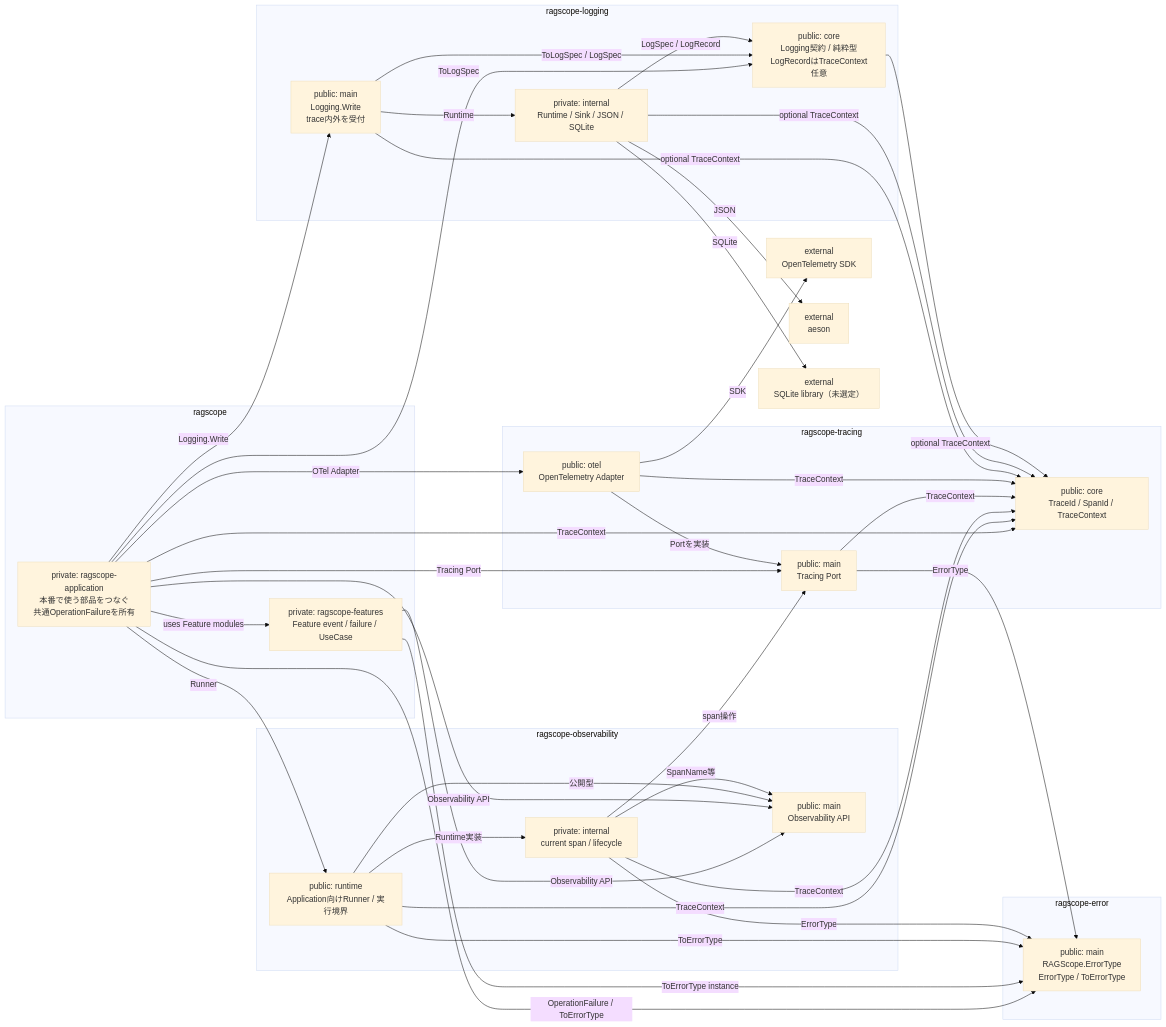
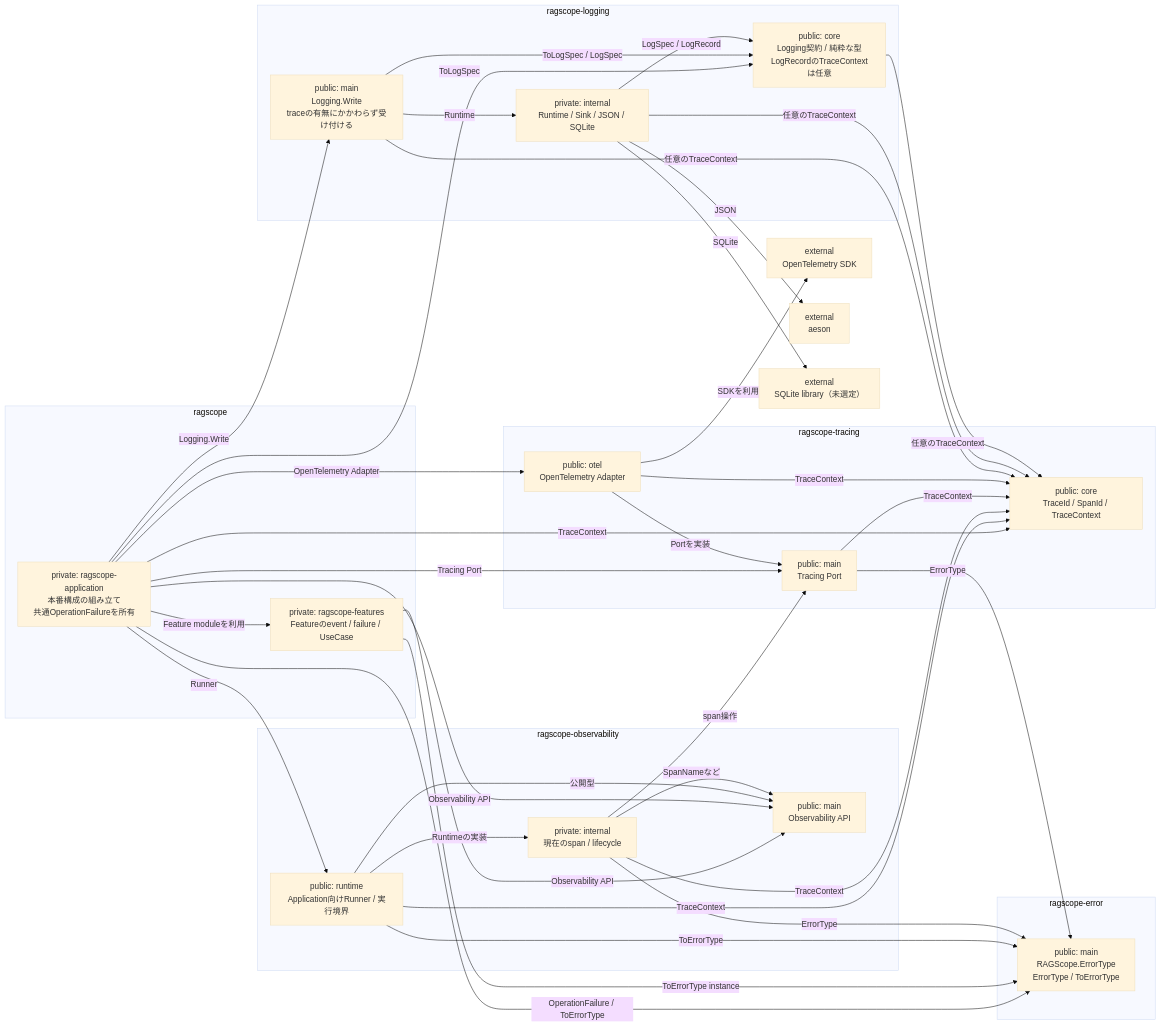
The diagram in Notes/RAGScope/RAGScopeアプリケーション/実行追跡・構造化ログ静的依存図.md (takashit16833/Workbench), drawn with Mermaid (base theme) before and after one commit. The commit also changed other lines of this file and 6 other files, not shown here.

````diff
--- a/Notes/RAGScope/RAGScopeアプリケーション/実行追跡・構造化ログ静的依存図.md
+++ b/Notes/RAGScope/RAGScopeアプリケーション/実行追跡・構造化ログ静的依存図.md
@@ -23,71 +23,71 @@
 ```mermaid
 flowchart LR
     subgraph pkg_ragscope["ragscope"]
-        features["private: ragscope-features<br/>Feature event / failure / UseCase"]
-        application["private: ragscope-application<br/>本番で使う部品をつなぐ<br/>共通OperationFailureを所有"]
+        features["private: ragscope-features<br/>Featureのevent / failure / UseCase"]
+        application["private: ragscope-application<br/>本番構成の組み立て<br/>共通OperationFailureを所有"]
     end
 
     subgraph pkg_error["ragscope-error"]
         error_main["public: main<br/>RAGScope.ErrorType<br/>ErrorType / ToErrorType"]
     end
 
     subgraph pkg_obs["ragscope-observability"]
         obs_main["public: main<br/>Observability API"]
         obs_runtime["public: runtime<br/>Application向けRunner / 実行境界"]
-        obs_internal["private: internal<br/>current span / lifecycle"]
+        obs_internal["private: internal<br/>現在のspan / lifecycle"]
     end
 
     subgraph pkg_tracing["ragscope-tracing"]
         trace_main["public: main<br/>Tracing Port"]
         trace_otel["public: otel<br/>OpenTelemetry Adapter"]
         trace_core["public: core<br/>TraceId / SpanId / TraceContext"]
     end
 
     subgraph pkg_logging["ragscope-logging"]
-        log_core["public: core<br/>Logging契約 / 純粋型<br/>LogRecordはTraceContext任意"]
-        log_main["public: main<br/>Logging.Write<br/>trace内外を受付"]
+        log_core["public: core<br/>Logging契約 / 純粋な型<br/>LogRecordのTraceContextは任意"]
+        log_main["public: main<br/>Logging.Write<br/>traceの有無にかかわらず受け付ける"]
         log_internal["private: internal<br/>Runtime / Sink / JSON / SQLite"]
     end
 
     otel_sdk["external<br/>OpenTelemetry SDK"]
     aeson["external<br/>aeson"]
     sqlite_lib["external<br/>SQLite library（未選定）"]
 
-    application -->|uses Feature modules| features
+    application -->|Feature moduleを利用| features
     application -->|OperationFailure / ToErrorType| error_main
     features -->|Observability API| obs_main
     features -->|ToErrorType instance| error_main
 
     application -->|Observability API| obs_main
     application -->|Runner| obs_runtime
     application -->|Logging.Write| log_main
     application -->|ToLogSpec| log_core
     application -->|Tracing Port| trace_main
     application -->|TraceContext| trace_core
-    application -->|OTel Adapter| trace_otel
+    application -->|OpenTelemetry Adapter| trace_otel
 
-    obs_runtime -->|Runtime実装| obs_internal
+    obs_runtime -->|Runtimeの実装| obs_internal
     obs_runtime -->|公開型| obs_main
     obs_runtime -->|TraceContext| trace_core
     obs_runtime -->|ToErrorType| error_main
 
-    obs_internal -->|SpanName等| obs_main
+    obs_internal -->|SpanNameなど| obs_main
     obs_internal -->|span操作| trace_main
     obs_internal -->|TraceContext| trace_core
     obs_internal -->|ErrorType| error_main
 
     trace_main -->|TraceContext| trace_core
     trace_main -->|ErrorType| error_main
     trace_otel -->|Portを実装| trace_main
     trace_otel -->|TraceContext| trace_core
-    trace_otel -->|SDK| otel_sdk
+    trace_otel -->|SDKを利用| otel_sdk
 
     log_main -->|Runtime| log_internal
     log_main -->|ToLogSpec / LogSpec| log_core
-    log_main -->|optional TraceContext| trace_core
+    log_main -->|任意のTraceContext| trace_core
     log_internal -->|LogSpec / LogRecord| log_core
-    log_internal -->|optional TraceContext| trace_core
+    log_internal -->|任意のTraceContext| trace_core
     log_internal -->|JSON| aeson
     log_internal -->|SQLite| sqlite_lib
-    log_core -->|optional TraceContext| trace_core
+    log_core -->|任意のTraceContext| trace_core
 ```
````
